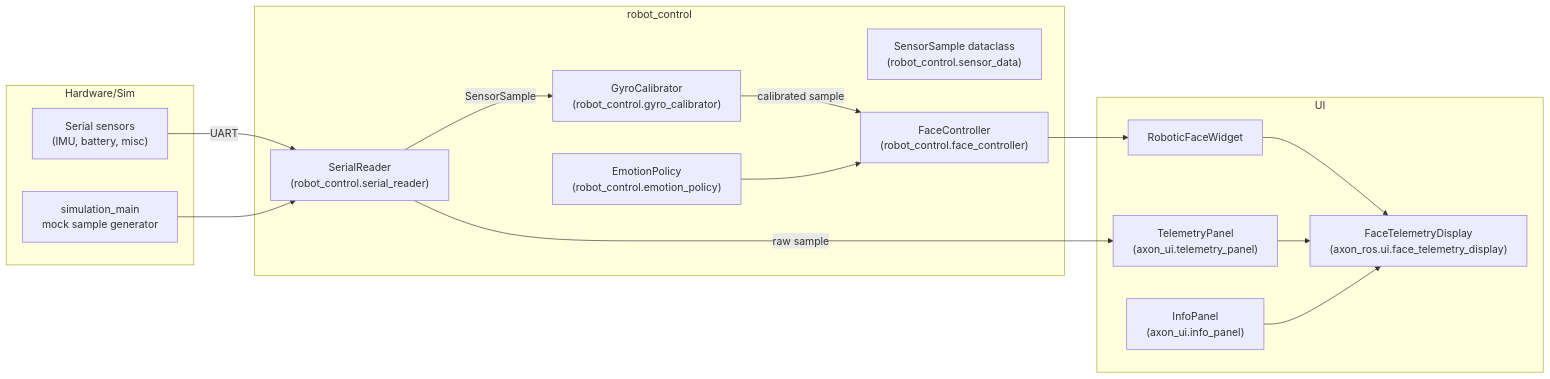
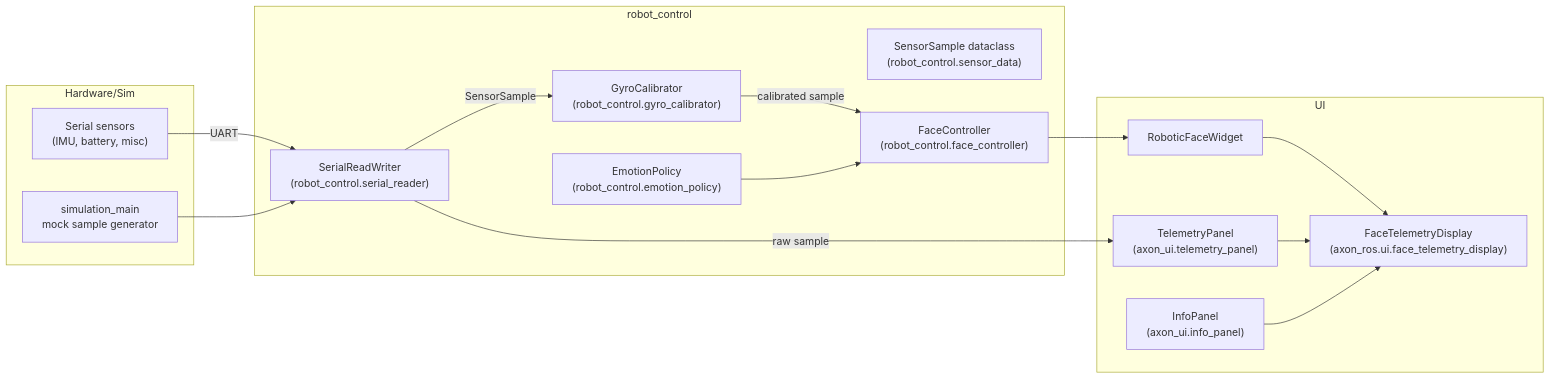
The diagram in docs/architecture.md (codemeetscopper/Axon), drawn with Mermaid before and after one commit. The commit also changed other lines of this file and 14 other files, not shown here.

````diff
--- a/docs/architecture.md
+++ b/docs/architecture.md
@@ -12,33 +12,33 @@
 ```mermaid
 flowchart LR
     subgraph Hardware/Sim
         S["Serial sensors<br/>(IMU, battery, misc)"]
         Sim["simulation_main<br/>mock sample generator"]
     end
 
     subgraph robot_control
-        SR["SerialReader<br/>(robot_control.serial_reader)"]
+        SR["SerialReadWriter<br/>(robot_control.serial_reader)"]
         GC["GyroCalibrator<br/>(robot_control.gyro_calibrator)"]
         SD["SensorSample dataclass<br/>(robot_control.sensor_data)"]
         FC["FaceController<br/>(robot_control.face_controller)"]
         EP["EmotionPolicy<br/>(robot_control.emotion_policy)"]
     end
 
     subgraph UI
         Face[RoboticFaceWidget]
         Display["FaceTelemetryDisplay<br/>(axon_ros.ui.face_telemetry_display)"]
         Telemetry["TelemetryPanel<br/>(axon_ui.telemetry_panel)"]
         Info["InfoPanel<br/>(axon_ui.info_panel)"]
     end
 
     S -->|UART| SR
     Sim --> SR
     SR -->|SensorSample| GC
     SR -->|raw sample| Telemetry
     GC -->|calibrated sample| FC
     EP --> FC
     FC --> Face
     Face --> Display
     Telemetry --> Display
     Info --> Display
 ```
````
